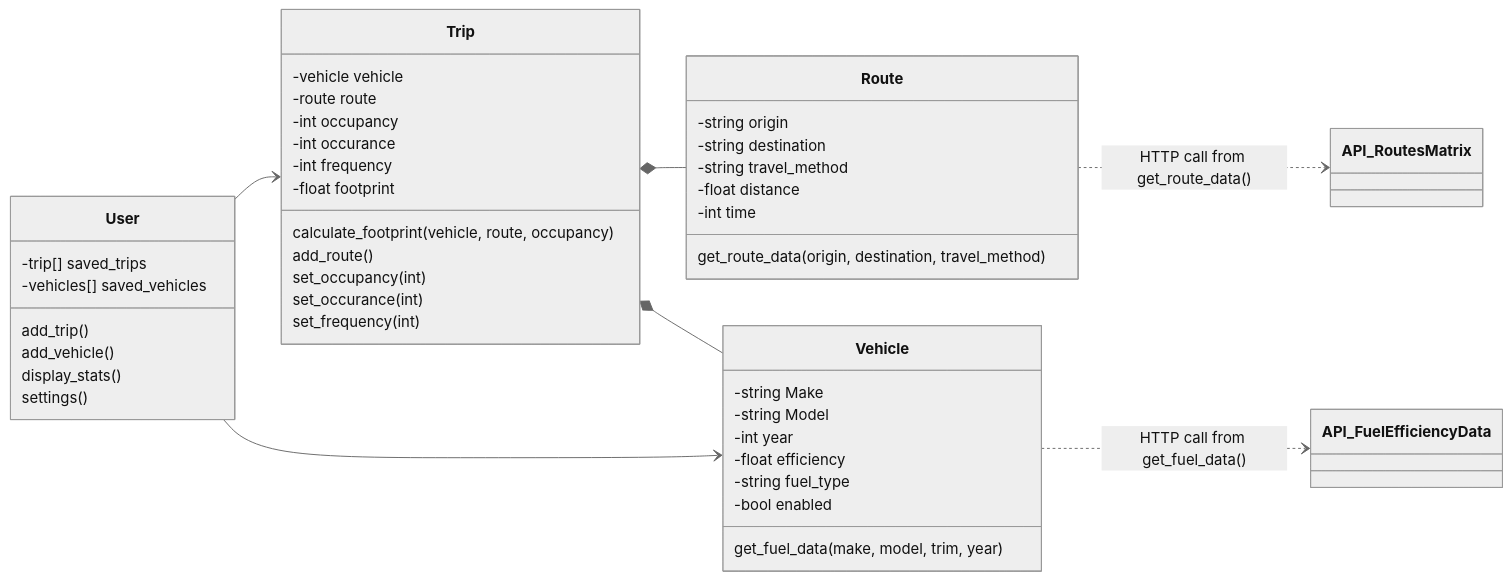
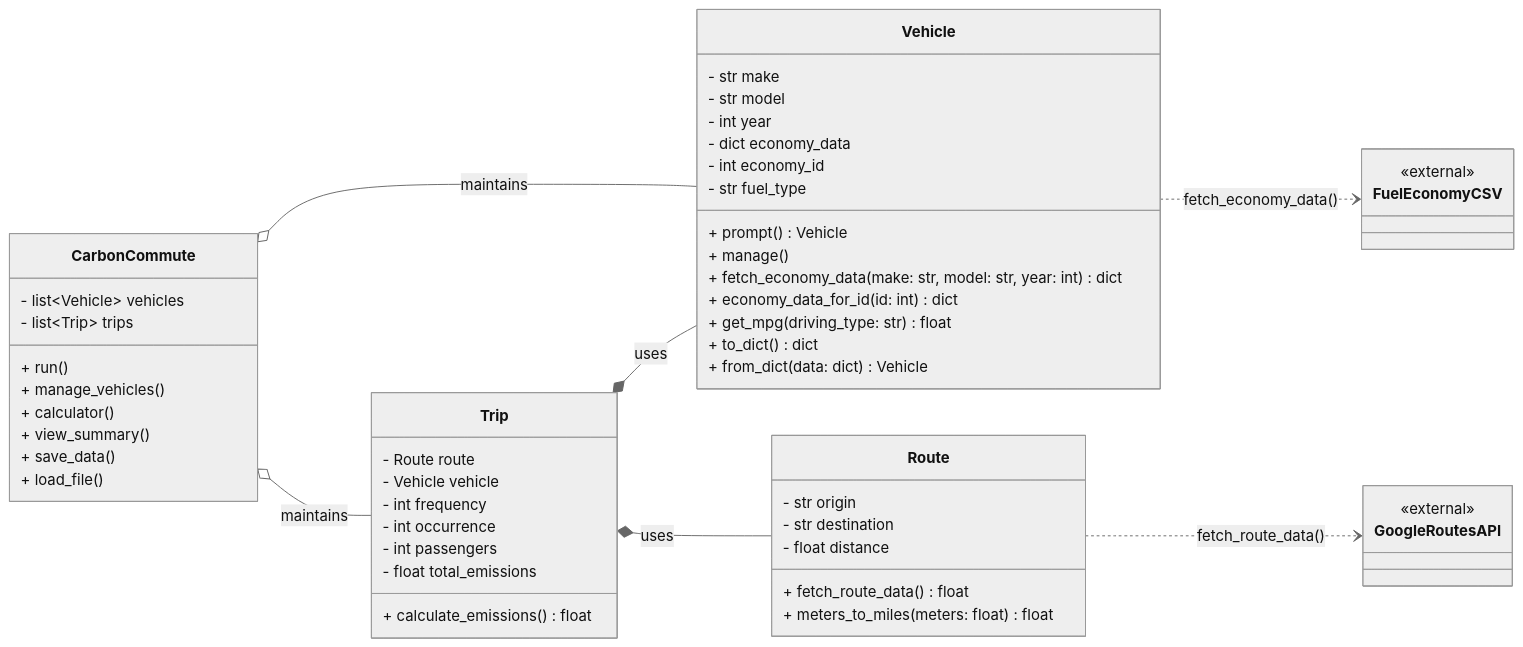
Before and after one commit to Issite/carbon-commute-calculator: the diagram in design/class_diagram.md, drawn with Mermaid (neutral theme). The commit also changed 5 other files, not shown here.

````diff
--- a/design/class_diagram.md
+++ b/design/class_diagram.md
@@ -1,56 +1,64 @@
 ```mermaid
 classDiagram
 direction LR
 
-    class Trip
-        Trip: -vehicle vehicle
-        Trip: -route route
-        Trip: -int occupancy
-        Trip: -int occurance
-        Trip: -int frequency
-        Trip: -float footprint
-        Trip :calculate_footprint(vehicle, route, occupancy)
-        Trip :add_route()
-        Trip :set_occupancy(int)
-        Trip :set_occurance(int)
-        Trip :set_frequency(int)
+    class CarbonCommute {
+        - list~Vehicle~ vehicles
+        - list~Trip~ trips
+        + run()
+        + manage_vehicles()
+        + calculator()
+        + view_summary()
+        + save_data()
+        + load_file()
+    }
 
-    class Vehicle
-        Vehicle: -string Make
-        Vehicle: -string Model
-        Vehicle: -int year
-        Vehicle: -float efficiency
-        Vehicle: -string fuel_type
-        Vehicle: -bool enabled
-        Vehicle :get_fuel_data(make, model, trim, year)
+    class Trip {
+        - Route route
+        - Vehicle vehicle
+        - int frequency
+        - int occurrence
+        - int passengers
+        - float total_emissions
+        + calculate_emissions() float
+    }
 
-    class Route
-        Route: -string origin
-        Route: -string destination
-        Route: -string travel_method
-        Route: -float distance
-        Route: -int time
-        Route :get_route_data(origin, destination, travel_method)
+    class Route {
+        - str origin
+        - str destination
+        - float distance
+        + fetch_route_data() float
+        + meters_to_miles(meters: float) float
+    }
 
-    class User
-        User: -trip[] saved_trips
-        User: -vehicles[] saved_vehicles
-        User :add_trip()
-        User :add_vehicle()
-        User :display_stats()
-        User :settings()
+    class Vehicle {
+        - str make
+        - str model
+        - int year
+        - dict economy_data
+        - int economy_id
+        - str fuel_type
+        + prompt() Vehicle
+        + manage()
+        + fetch_economy_data(make: str, model: str, year: int) dict
+        + economy_data_for_id(id: int) dict
+        + get_mpg(driving_type: str) float
+        + to_dict() dict
+        + from_dict(data: dict) Vehicle
+    }
 
-    
-    class API_RoutesMatrix
-    class API_FuelEfficiencyData
-    
+    class GoogleRoutesAPI {
+        <<external>>
+    }
 
-    Trip *-- Route : 
-    User --> Trip : 
-    Trip *-- Vehicle : 
-    User --> Vehicle
-    Route ..> API_RoutesMatrix : HTTP call from get_route_data()
-    Vehicle ..> API_FuelEfficiencyData : HTTP call from get_fuel_data()
+    class FuelEconomyCSV {
+        <<external>>
+    }
 
-
+    CarbonCommute o-- Vehicle : maintains
+    CarbonCommute o-- Trip : maintains
+    Trip *-- Route : uses
+    Trip *-- Vehicle : uses
+    Route ..> GoogleRoutesAPI : fetch_route_data()
+    Vehicle ..> FuelEconomyCSV : fetch_economy_data()
 ```
````
